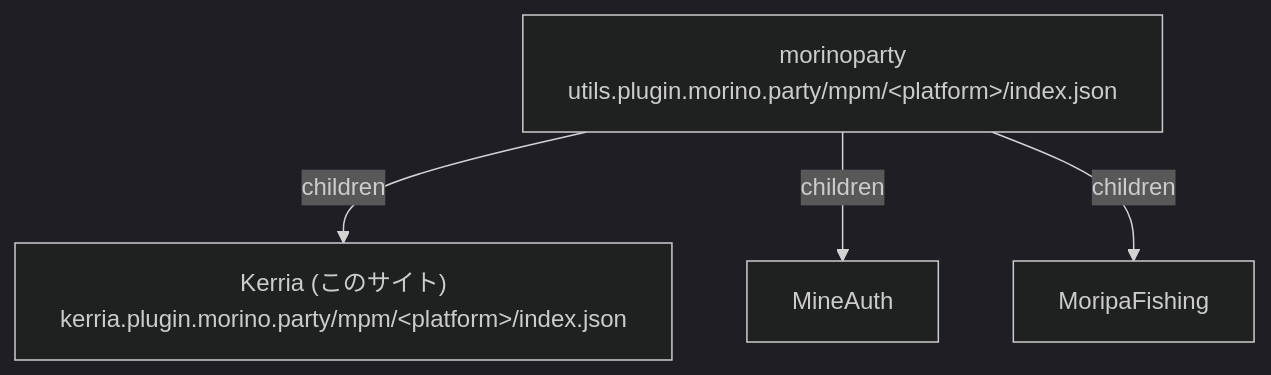
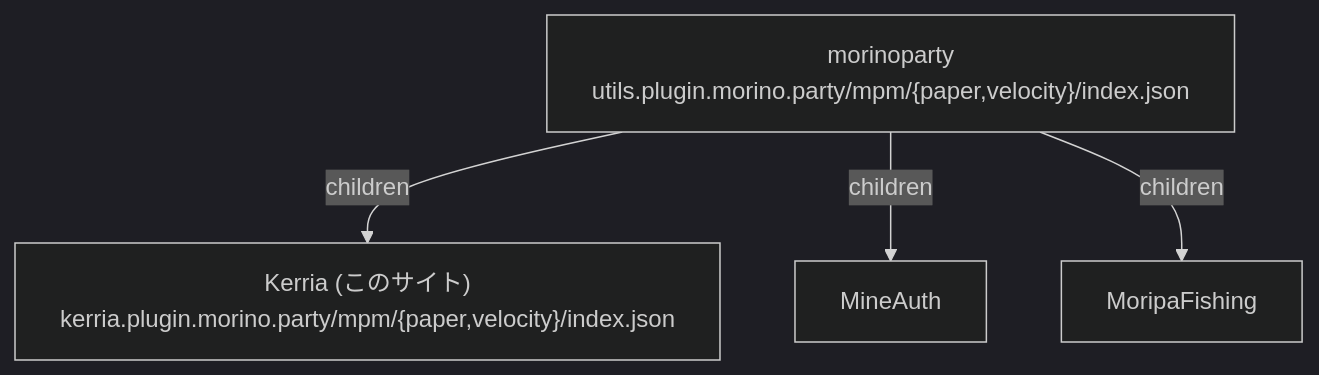
The diagram in docs/content/docs/(admin)/mpm-repository.mdx (morinoparty/Kerria), drawn with Mermaid (dark theme) before and after one commit.

Commit message:
📝 Avoid HTML entities in the mpm graph

````diff
--- a/docs/content/docs/(admin)/mpm-repository.mdx
+++ b/docs/content/docs/(admin)/mpm-repository.mdx
@@ -33,11 +33,11 @@
 ```mermaid
 graph TD
-    morinoparty["morinoparty<br/>utils.plugin.morino.party/mpm/&lt;platform&gt;/index.json"]
-    kerria["Kerria (このサイト)<br/>kerria.plugin.morino.party/mpm/&lt;platform&gt;/index.json"]
+    morinoparty["morinoparty<br/>utils.plugin.morino.party/mpm/{paper,velocity}/index.json"]
+    kerria["Kerria (このサイト)<br/>kerria.plugin.morino.party/mpm/{paper,velocity}/index.json"]
     mineauth["MineAuth"]
     fishing["MoripaFishing"]
 
     morinoparty -->|children| kerria
     morinoparty -->|children| mineauth
     morinoparty -->|children| fishing
 ```
````
